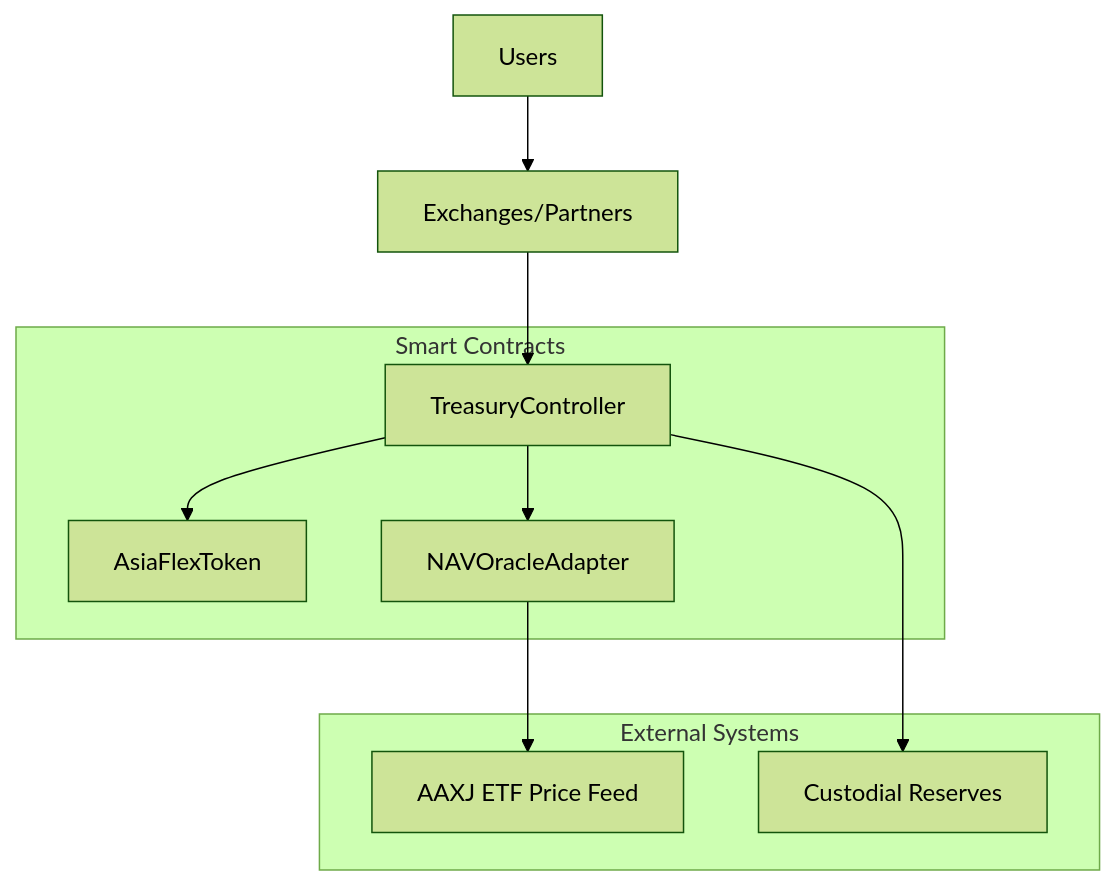
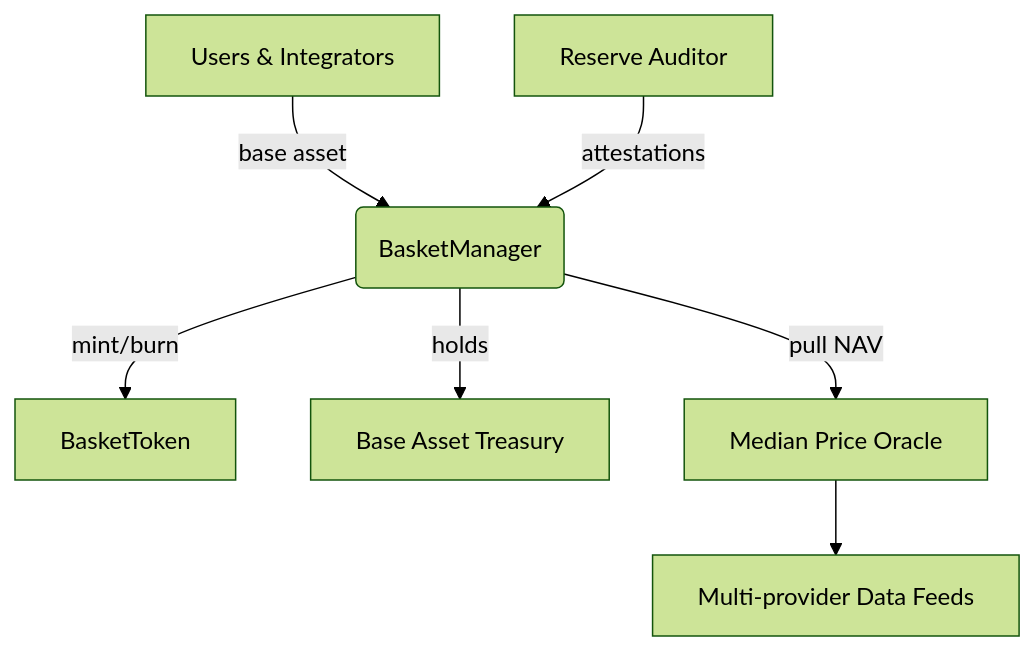
One commit to PolPol45/ASIAFLEX changed the diagram in README.md. Above: the diagram before and after it, drawn with Mermaid (forest theme). The commit also changed other lines of this file and 477 other files, not shown here.

Commit message:
ops: add basket helpers, resolve/ local-run-mint, harden mint checks, docs

````diff
--- a/README.md
+++ b/README.md
@@ -53,21 +55,9 @@
 ```mermaid
-graph TB
-    User[Users] --> Exchange[Exchanges/Partners]
-    Exchange --> Treasury[TreasuryController]
-    Treasury --> Token[AsiaFlexToken]
-    Treasury --> Oracle[NAVOracleAdapter]
-    Oracle --> AAXJ[AAXJ ETF Price Feed]
-
-    subgraph "Smart Contracts"
-        Token
-        Oracle
-        Treasury
-    end
-
-    subgraph "External Systems"
-        AAXJ
-        Reserves[Custodial Reserves]
-    end
-
-    Treasury --> Reserves
+graph TD
+    U[Users & Integrators] -->|base asset| BM(BasketManager)
+    BM -->|mint/burn| BT[BasketToken]
+    BM -->|holds| Reserves[Base Asset Treasury]
+    BM -->|pull NAV| Oracle[Median Price Oracle]
+    Oracle --> Feeds[Multi-provider Data Feeds]
+    Auditor[Reserve Auditor] -->|attestations| BM
 ```
````
